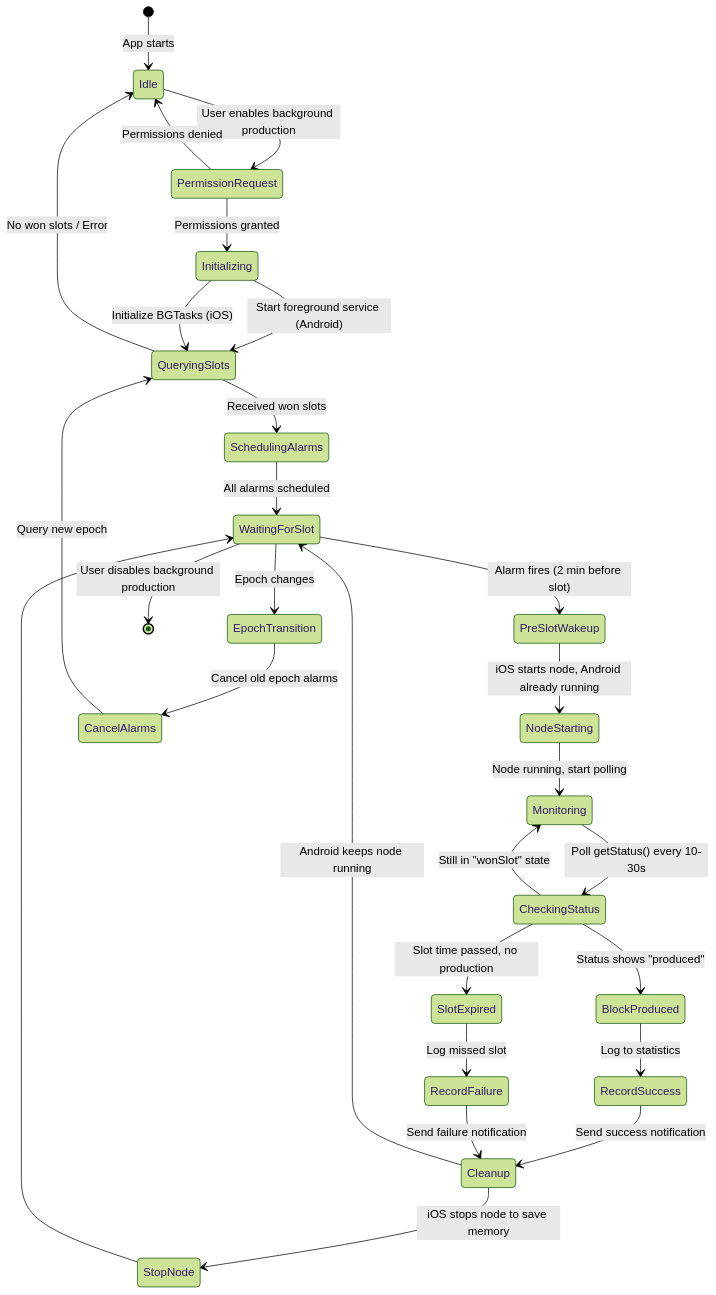
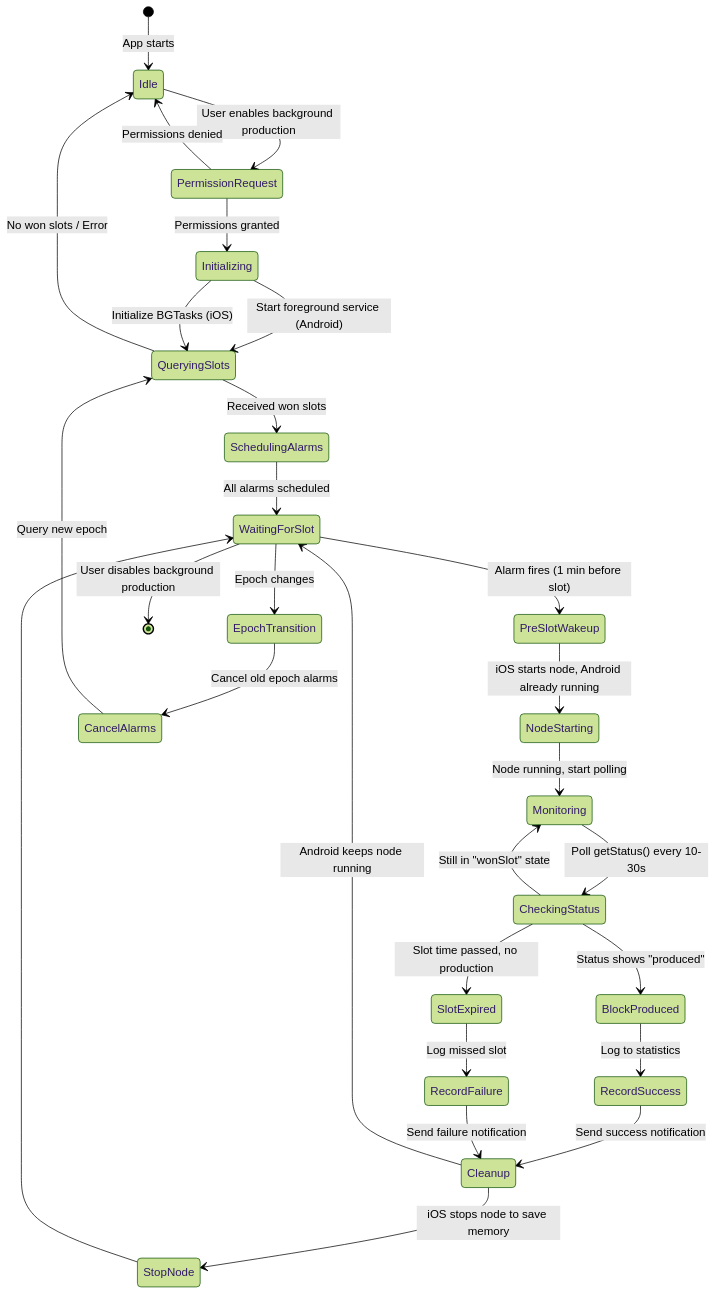
Before and after one commit to Usernode-Labs/flutter-mobile-app: the fourth of 5 diagrams in docs/background-block-production.md, drawn with Mermaid (forest theme). The commit also changed other lines of this file and 18 other files, not shown here.

````diff
--- a/docs/background-block-production.md
+++ b/docs/background-block-production.md
@@ -506,44 +506,44 @@
 ```mermaid
 stateDiagram-v2
     [*] --> Idle: App starts
 
     Idle --> PermissionRequest: User enables background production
     PermissionRequest --> Initializing: Permissions granted
     PermissionRequest --> Idle: Permissions denied
 
     Initializing --> QueryingSlots: Start foreground service (Android)
     Initializing --> QueryingSlots: Initialize BGTasks (iOS)
 
     QueryingSlots --> SchedulingAlarms: Received won slots
     QueryingSlots --> Idle: No won slots / Error
 
     SchedulingAlarms --> WaitingForSlot: All alarms scheduled
 
-    WaitingForSlot --> PreSlotWakeup: Alarm fires (2 min before slot)
+    WaitingForSlot --> PreSlotWakeup: Alarm fires (1 min before slot)
     WaitingForSlot --> EpochTransition: Epoch changes
 
     PreSlotWakeup --> NodeStarting: iOS starts node, Android already running
 
     NodeStarting --> Monitoring: Node running, start polling
 
     Monitoring --> CheckingStatus: Poll getStatus() every 10-30s
 
     CheckingStatus --> BlockProduced: Status shows "produced"
     CheckingStatus --> SlotExpired: Slot time passed, no production
     CheckingStatus --> Monitoring: Still in "wonSlot" state
 
     BlockProduced --> RecordSuccess: Log to statistics
     SlotExpired --> RecordFailure: Log missed slot
 
     RecordSuccess --> Cleanup: Send success notification
     RecordFailure --> Cleanup: Send failure notification
 
     Cleanup --> StopNode: iOS stops node to save memory
     Cleanup --> WaitingForSlot: Android keeps node running
     StopNode --> WaitingForSlot
 
     EpochTransition --> CancelAlarms: Cancel old epoch alarms
     CancelAlarms --> QueryingSlots: Query new epoch
 
     WaitingForSlot --> [*]: User disables background production
 ```
````
